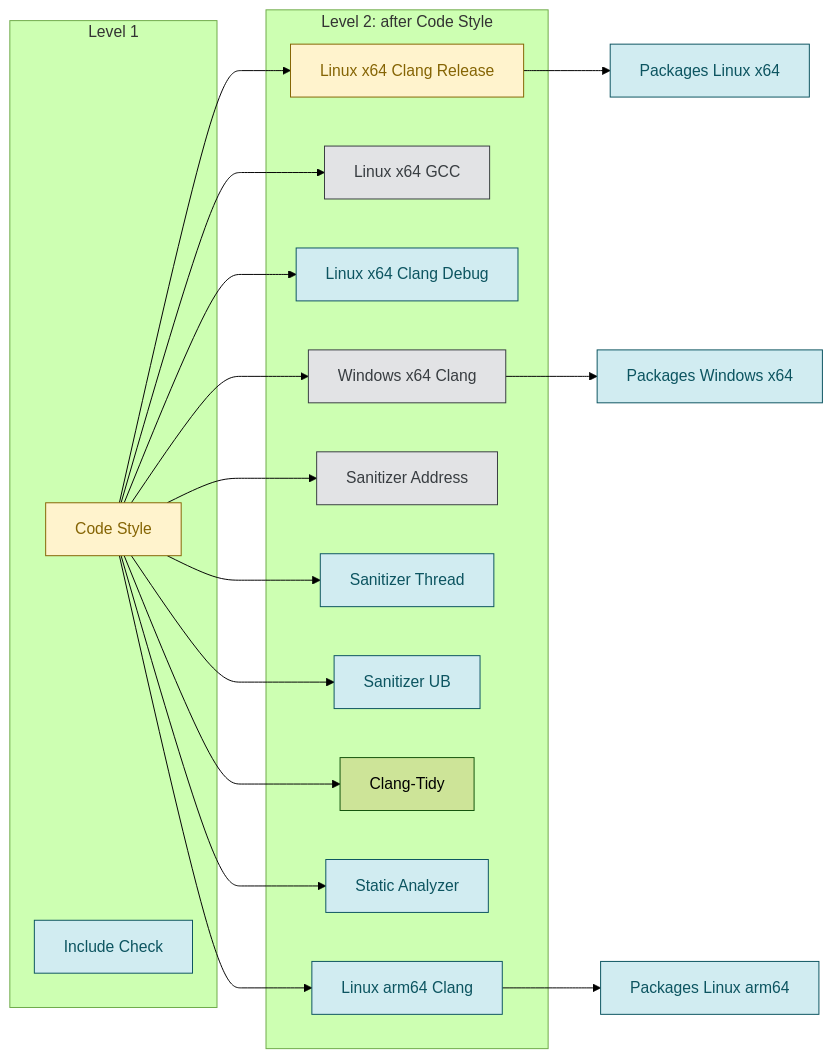
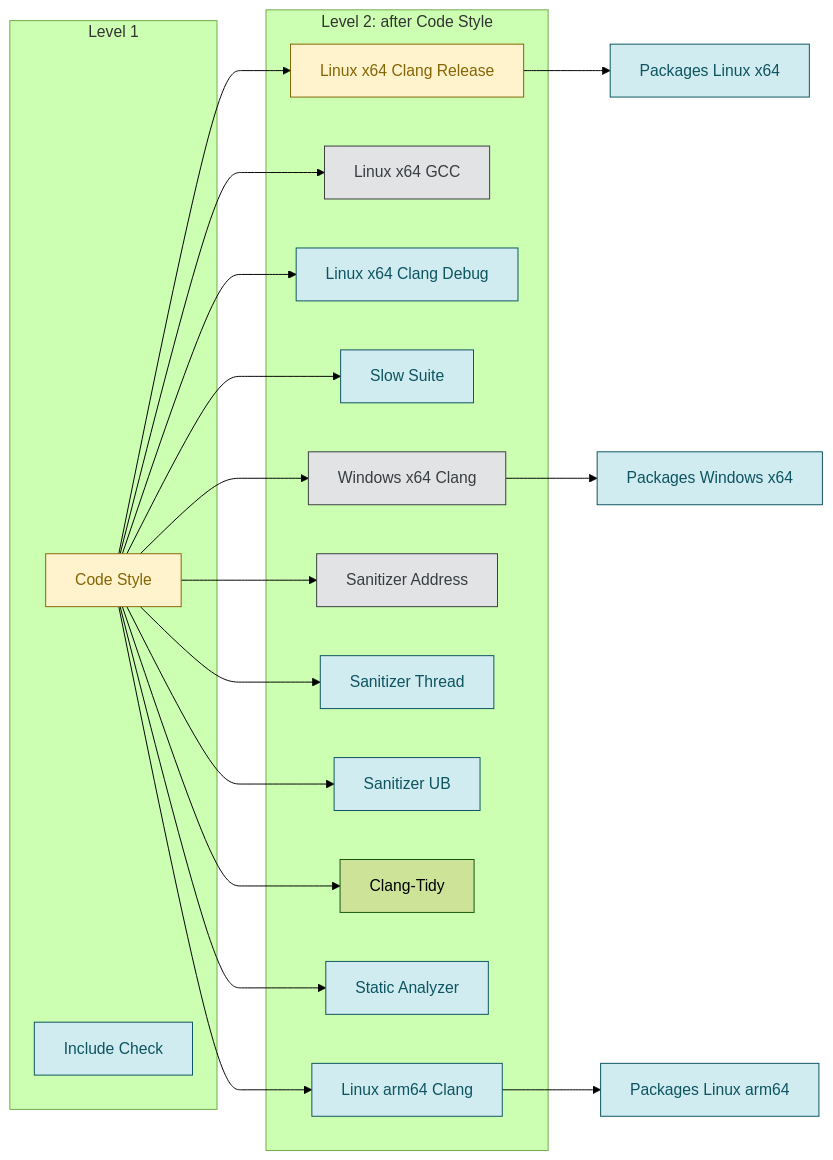
The second of 3 diagrams in doc/pages/continuous_integration.md (Silmaen/Owl), drawn with Mermaid (forest theme) before and after one commit. The commit also changed other lines of this file and 6 other files, not shown here.

````diff
--- a/doc/pages/continuous_integration.md
+++ b/doc/pages/continuous_integration.md
@@ -84,23 +84,24 @@
 ```mermaid
 flowchart LR
     subgraph L1[Level 1]
         CS[Code Style]
         IC[Include Check]
     end
     subgraph L2[Level 2: after Code Style]
-        LxR[Linux x64 Clang Release] & LxG[Linux x64 GCC] & LxC[Linux x64 Clang Debug] & WxC[Windows x64 Clang]
+        LxR[Linux x64 Clang Release] & LxG[Linux x64 GCC] & LxC[Linux x64 Clang Debug] & LxS[Slow Suite]
+        WxC[Windows x64 Clang]
         SA[Sanitizer Address] & ST[Sanitizer Thread] & SU[Sanitizer UB]
         CT[Clang-Tidy] & AN[Static Analyzer]
         LaC[Linux arm64 Clang]
     end
-    CS --> LxR & LxG & LxC & WxC & SA & ST & SU & CT & AN & LaC
+    CS --> LxR & LxG & LxC & LxS & WxC & SA & ST & SU & CT & AN & LaC
     LxR --> PL[Packages Linux x64]
     WxC --> PW[Packages Windows x64]
     LaC --> PA[Packages Linux arm64]
     classDef draft fill:#fff3cd,stroke:#856404,color:#856404
     classDef mainOnly fill:#d1ecf1,stroke:#0c5460,color:#0c5460
     classDef afterMerge fill:#e2e3e5,stroke:#383d41,color:#383d41
     class CS,LxR draft
-    class IC,LxC,LaC,PL,PW,PA,ST,SU,AN mainOnly
+    class IC,LxC,LxS,LaC,PL,PW,PA,ST,SU,AN mainOnly
     class LxG,WxC,SA afterMerge
 ```
````
